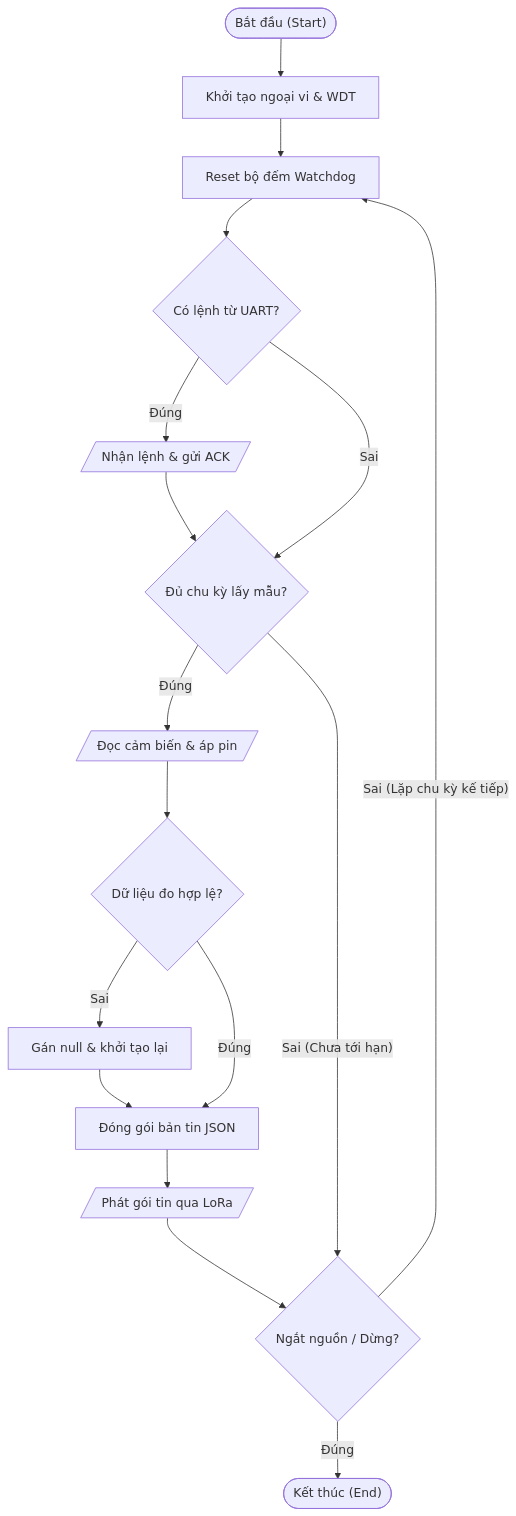
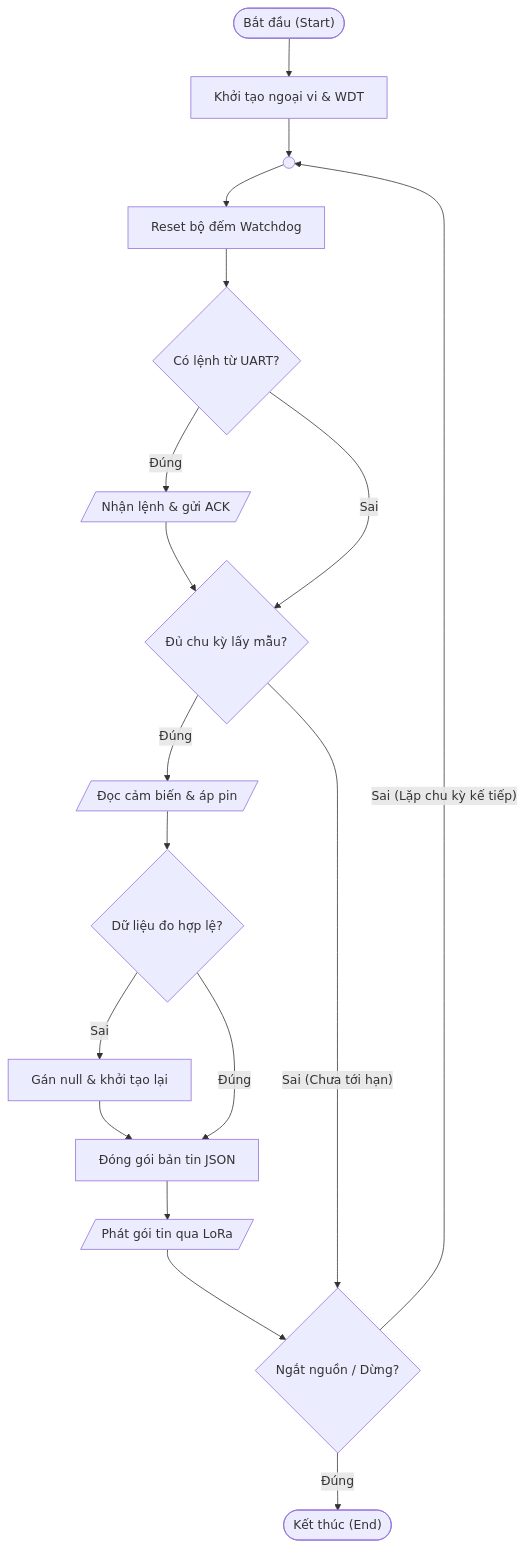
The second of 4 diagrams in Diagrams/README.md (phllonq/26FA-IA2103-Group5-IOT102-FinalReport), drawn with Mermaid before and after one commit. The commit also changed other lines of this file, not shown here.

First line of the commit message:
Revise diagram descriptions and translations

````diff
--- a/Diagrams/README.md
+++ b/Diagrams/README.md
@@ -69,24 +71,25 @@
 ```mermaid
 flowchart TD
     A1(["Bắt đầu (Start)"]) --> A2["Khởi tạo ngoại vi & WDT"]
-    A2 --> A3["Reset bộ đếm Watchdog"]
+    A2 --> A_LOOP(( ))
+    A_LOOP --> A3["Reset bộ đếm Watchdog"]
     A3 --> A4{"Có lệnh từ UART?"}
 
     A4 -->|"Đúng"| A4_IO[/"Nhận lệnh & gửi ACK"/]
     A4_IO --> A5{"Đủ chu kỳ lấy mẫu?"}
     A4 -->|"Sai"| A5
 
     A5 -->|"Đúng"| A6[/"Đọc cảm biến & áp pin"/]
     A6 --> A7{"Dữ liệu đo hợp lệ?"}
 
     A7 -->|"Sai"| A7_ERR["Gán null & khởi tạo lại"]
     A7_ERR --> A8["Đóng gói bản tin JSON"]
     A7 -->|"Đúng"| A8
 
     A8 --> A9[/"Phát gói tin qua LoRa"/]
     A9 --> A10{"Ngắt nguồn / Dừng?"}
     A5 -->|"Sai (Chưa tới hạn)"| A10
 
-    A10 -->|"Sai (Lặp chu kỳ kế tiếp)"| A3
+    A10 -->|"Sai (Lặp chu kỳ kế tiếp)"| A_LOOP
     A10 -->|"Đúng"| A11(["Kết thúc (End)"])
 ```
````
